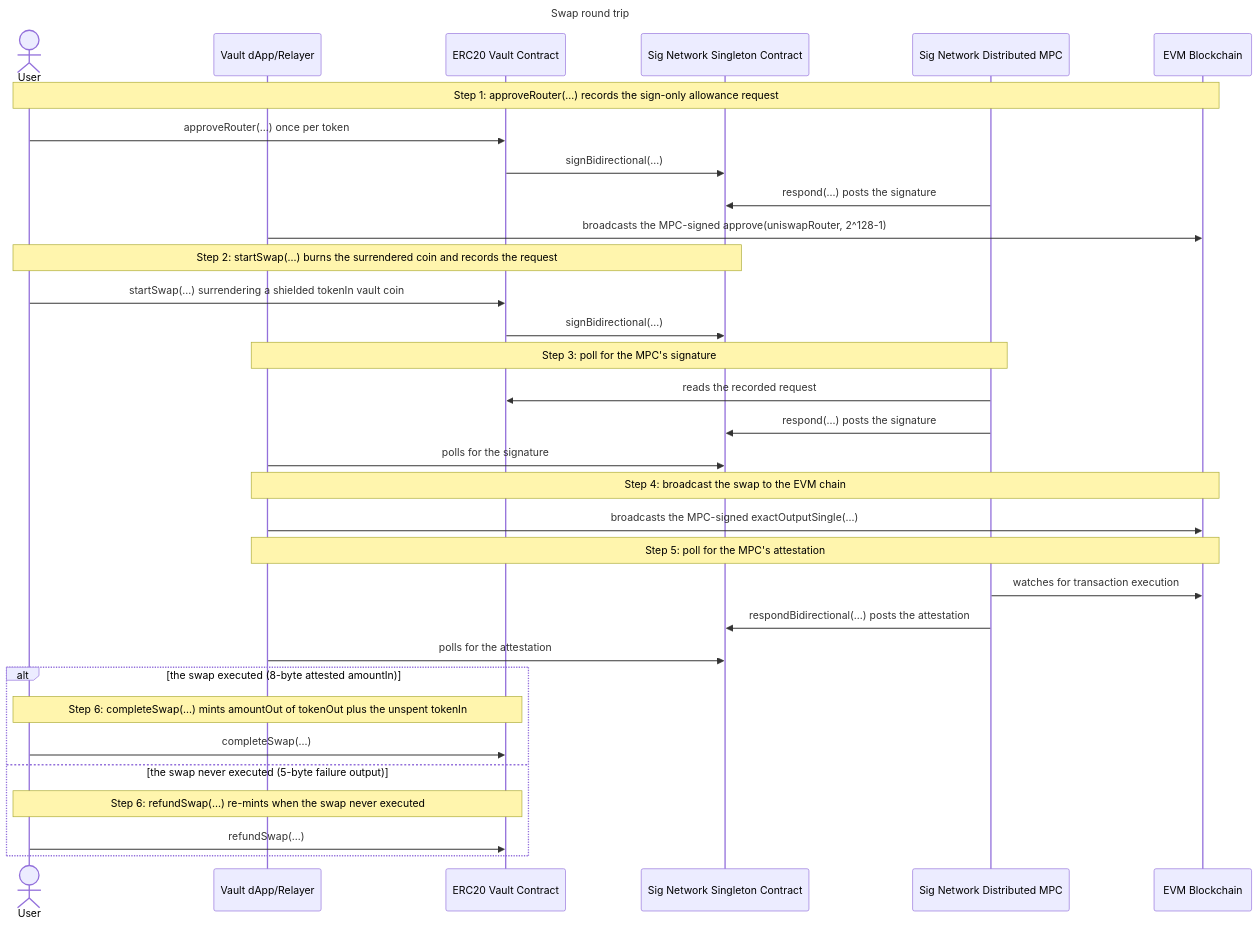
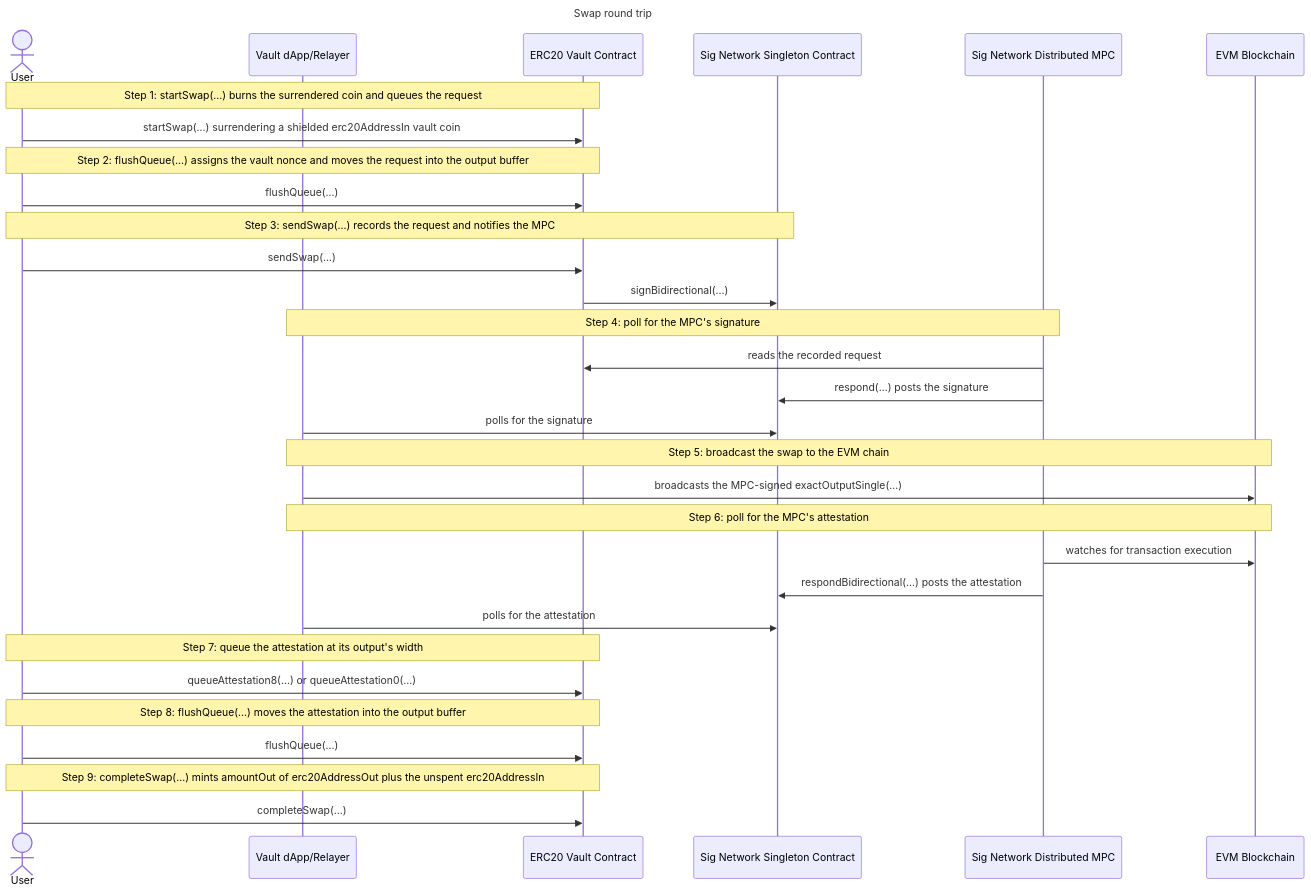
The diagram in examples/erc20-vault/docs/swap/swap.md (sig-net/midnight-examples), drawn with Mermaid before and after one commit. The commit also changed other lines of this file and 110 other files, not shown here.

````diff
--- a/examples/erc20-vault/docs/swap/swap.md
+++ b/examples/erc20-vault/docs/swap/swap.md
@@ -274,36 +196,34 @@
 ```mermaid
 sequenceDiagram
     title Swap round trip
     actor User
     participant DApp as Vault dApp/Relayer
     participant Vault as ERC20 Vault Contract
     participant Singleton as Sig Network Singleton Contract
     participant MPC as Sig Network Distributed MPC
     participant EVM as EVM Blockchain
 
-    Note over User,EVM: Step 1: approveRouter(...) records the sign-only allowance request
-    User->>Vault: approveRouter(...) once per token
+    Note over User,Vault: Step 1: startSwap(...) burns the surrendered coin and queues the request
+    User->>Vault: startSwap(...) surrendering a shielded erc20AddressIn vault coin
+    Note over User,Vault: Step 2: flushQueue(...) assigns the vault nonce and moves the request into the output buffer
+    User->>Vault: flushQueue(...)
+    Note over User,Singleton: Step 3: sendSwap(...) records the request and notifies the MPC
+    User->>Vault: sendSwap(...)
     Vault->>Singleton: signBidirectional(...)
-    MPC->>Singleton: respond(...) posts the signature
-    DApp->>EVM: broadcasts the MPC-signed approve(uniswapRouter, 2^128-1)
-    Note over User,Singleton: Step 2: startSwap(...) burns the surrendered coin and records the request
-    User->>Vault: startSwap(...) surrendering a shielded tokenIn vault coin
-    Vault->>Singleton: signBidirectional(...)
-    Note over DApp,MPC: Step 3: poll for the MPC's signature
+    Note over DApp,MPC: Step 4: poll for the MPC's signature
     MPC->>Vault: reads the recorded request
     MPC->>Singleton: respond(...) posts the signature
     DApp->>Singleton: polls for the signature
-    Note over DApp,EVM: Step 4: broadcast the swap to the EVM chain
+    Note over DApp,EVM: Step 5: broadcast the swap to the EVM chain
     DApp->>EVM: broadcasts the MPC-signed exactOutputSingle(...)
-    Note over DApp,EVM: Step 5: poll for the MPC's attestation
+    Note over DApp,EVM: Step 6: poll for the MPC's attestation
     MPC->>EVM: watches for transaction execution
     MPC->>Singleton: respondBidirectional(...) posts the attestation
     DApp->>Singleton: polls for the attestation
-    alt the swap executed (8-byte attested amountIn)
-        Note over User,Vault: Step 6: completeSwap(...) mints amountOut of tokenOut plus the unspent tokenIn
-        User->>Vault: completeSwap(...)
-    else the swap never executed (5-byte failure output)
-        Note over User,Vault: Step 6: refundSwap(...) re-mints when the swap never executed
-        User->>Vault: refundSwap(...)
-    end
+    Note over User,Vault: Step 7: queue the attestation at its output's width
+    User->>Vault: queueAttestation8(...) or queueAttestation0(...)
+    Note over User,Vault: Step 8: flushQueue(...) moves the attestation into the output buffer
+    User->>Vault: flushQueue(...)
+    Note over User,Vault: Step 9: completeSwap(...) mints amountOut of erc20AddressOut plus the unspent erc20AddressIn
+    User->>Vault: completeSwap(...)
 ```
````
